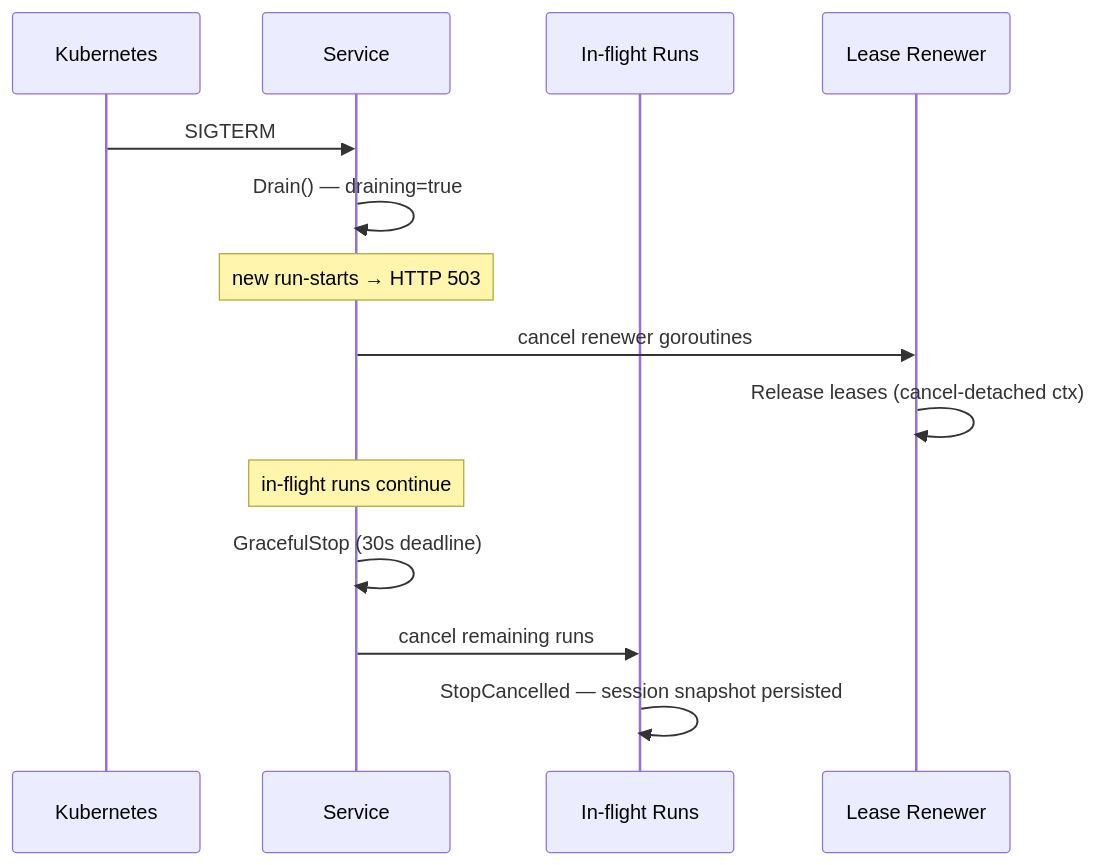
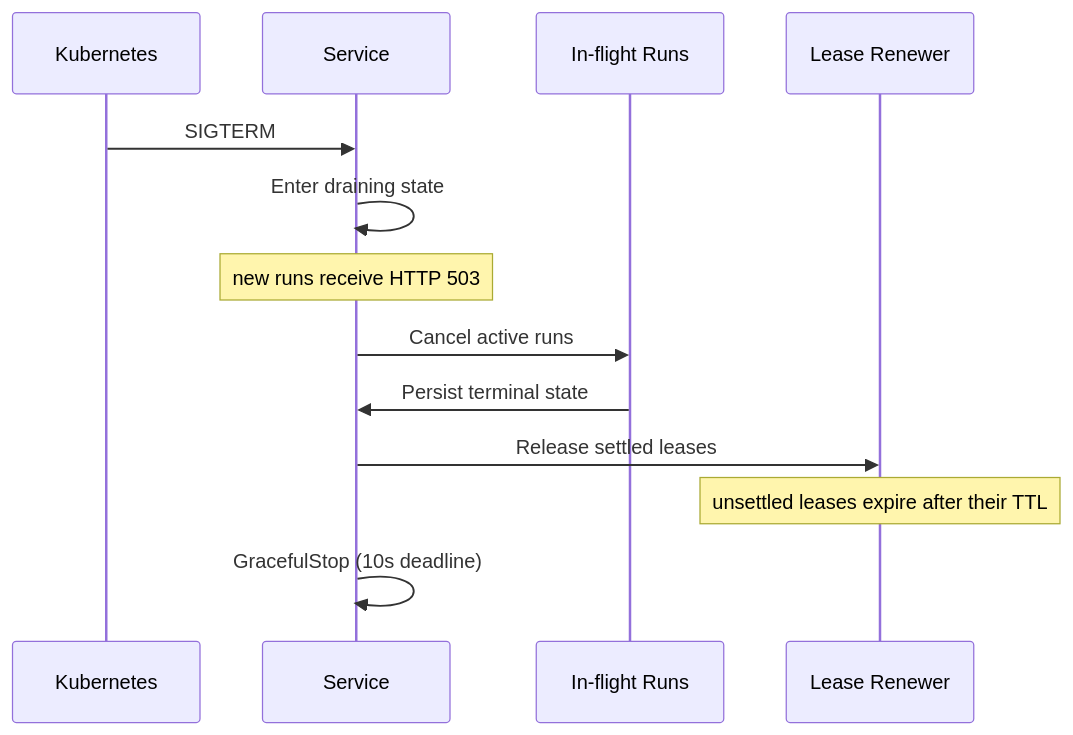
One commit to Sanskarzz/mecatl changed the diagram in user-docs/building/cloud-native-kit.md. Above: the diagram before and after it, drawn with Mermaid. The commit also changed other lines of this file and 7 other files, not shown here.

````diff
--- a/user-docs/building/cloud-native-kit.md
+++ b/user-docs/building/cloud-native-kit.md
@@ -242,17 +172,16 @@
 ```mermaid
 sequenceDiagram
   participant K as Kubernetes
   participant S as Service
   participant R as In-flight Runs
   participant L as Lease Renewer
 
   K->>S: SIGTERM
-  S->>S: Drain() — draining=true
-  Note over S: new run-starts → HTTP 503
-  S->>L: cancel renewer goroutines
-  L->>L: Release leases (cancel-detached ctx)
-  Note over S: in-flight runs continue
-  S->>S: GracefulStop (30s deadline)
-  S->>R: cancel remaining runs
-  R->>R: StopCancelled — session snapshot persisted
+  S->>S: Enter draining state
+  Note over S: new runs receive HTTP 503
+  S->>R: Cancel active runs
+  R->>S: Persist terminal state
+  S->>L: Release settled leases
+  Note over L: unsettled leases expire after their TTL
+  S->>S: GracefulStop (10s deadline)
 ```
````
